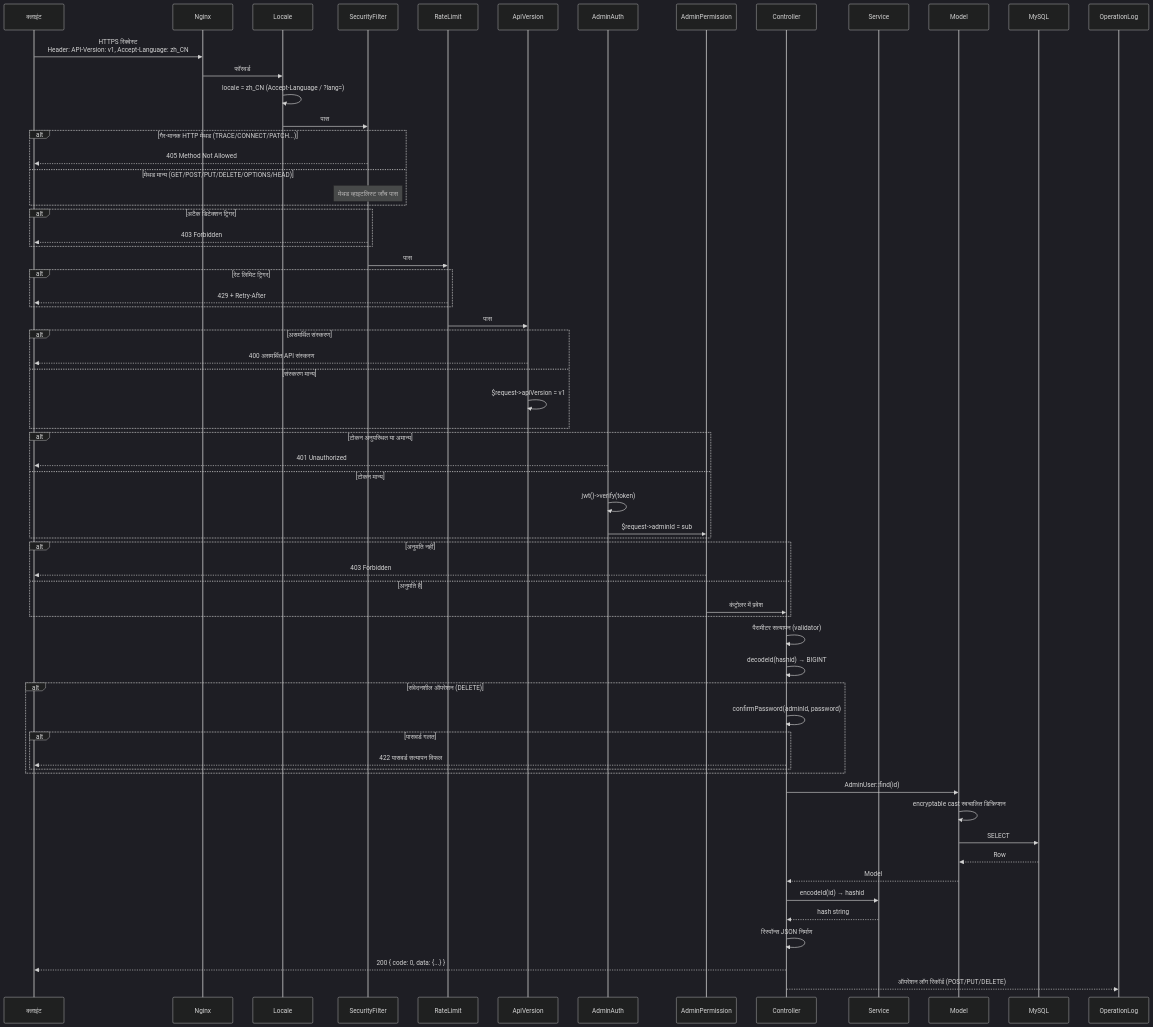
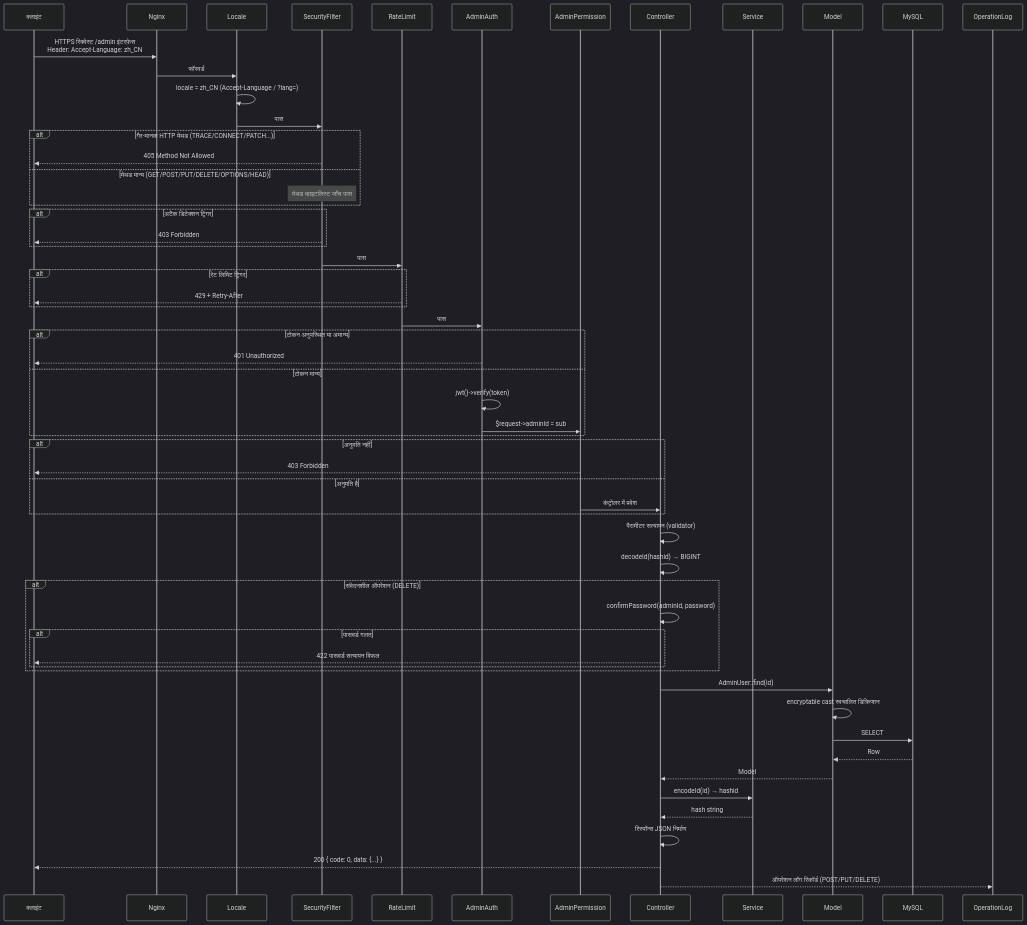
One commit to erikwang2013/open-admin changed the third of 14 diagrams in docs/ARCHITECTURE.hi.md. Above: the diagram before and after it, drawn with Mermaid (dark theme). The commit also changed other lines of this file and 115 other files, not shown here.

First line of the commit message:
功能：新增项目宠物「小安」、站点首页与手写 SVG 设计图集；全部文档对齐代码

````diff
--- a/docs/ARCHITECTURE.hi.md
+++ b/docs/ARCHITECTURE.hi.md
@@ -147,82 +144,75 @@
 ```mermaid
 sequenceDiagram
     participant C as क्लाइंट
     participant N as Nginx
     participant MW_LOC as Locale
     participant MW_SF as SecurityFilter
     participant MW_RL as RateLimit
-    participant MW0 as ApiVersion
     participant MW1 as AdminAuth
     participant MW2 as AdminPermission
     participant CTL as Controller
     participant SVC as Service
     participant MDL as Model
     participant DB as MySQL
     participant OPLOG as OperationLog
 
-    C->>N: HTTPS रिक्वेस्ट<br/>Header: API-Version: v1, Accept-Language: zh_CN
+    C->>N: HTTPS रिक्वेस्ट /admin इंटरफ़ेस<br/>Header: Accept-Language: zh_CN
     N->>MW_LOC: फॉरवर्ड
 
     MW_LOC->>MW_LOC: locale = zh_CN (Accept-Language / ?lang=)
     MW_LOC->>MW_SF: पास
 
     alt गैर-मानक HTTP मेथड (TRACE/CONNECT/PATCH...)
         MW_SF-->>C: 405 Method Not Allowed
     else मेथड मान्य (GET/POST/PUT/DELETE/OPTIONS/HEAD)
         Note over MW_SF: मेथड व्हाइटलिस्ट जाँच पास
     end
 
     alt अटैक डिटेक्शन ट्रिगर
         MW_SF-->>C: 403 Forbidden
     end
 
     MW_SF->>MW_RL: पास
 
     alt रेट लिमिट ट्रिगर
         MW_RL-->>C: 429 + Retry-After
     end
 
-    MW_RL->>MW0: पास
-
-    alt असमर्थित संस्करण
-        MW0-->>C: 400 असमर्थित API संस्करण
-    else संस्करण मान्य
-        MW0->>MW0: $request->apiVersion = v1
-    end
+    MW_RL->>MW1: पास
 
     alt टोकन अनुपस्थित या अमान्य
         MW1-->>C: 401 Unauthorized
     else टोकन मान्य
         MW1->>MW1: jwt()->verify(token)
         MW1->>MW2: $request->adminId = sub
     end
 
     alt अनुमति नहीं
         MW2-->>C: 403 Forbidden
     else अनुमति है
         MW2->>CTL: कंट्रोलर में प्रवेश
     end
 
     CTL->>CTL: पैरामीटर सत्यापन (validator)
     CTL->>CTL: decodeId(hashid) → BIGINT
 
     alt संवेदनशील ऑपरेशन (DELETE)
         CTL->>CTL: confirmPassword(adminId, password)
         alt पासवर्ड गलत
             CTL-->>C: 422 पासवर्ड सत्यापन विफल
         end
     end
 
     CTL->>MDL: AdminUser::find(id)
     MDL->>MDL: encryptable cast स्वचालित डिक्रिप्शन
     MDL->>DB: SELECT
     DB-->>MDL: Row
     MDL-->>CTL: Model
 
     CTL->>SVC: encodeId(id) → hashid
     SVC-->>CTL: hash string
 
     CTL->>CTL: रिस्पॉन्स JSON निर्माण
     CTL-->>C: 200 { code: 0, data: {...} }
     CTL-->>OPLOG: ऑपरेशन लॉग रिकॉर्ड (POST/PUT/DELETE)
 ```
````
